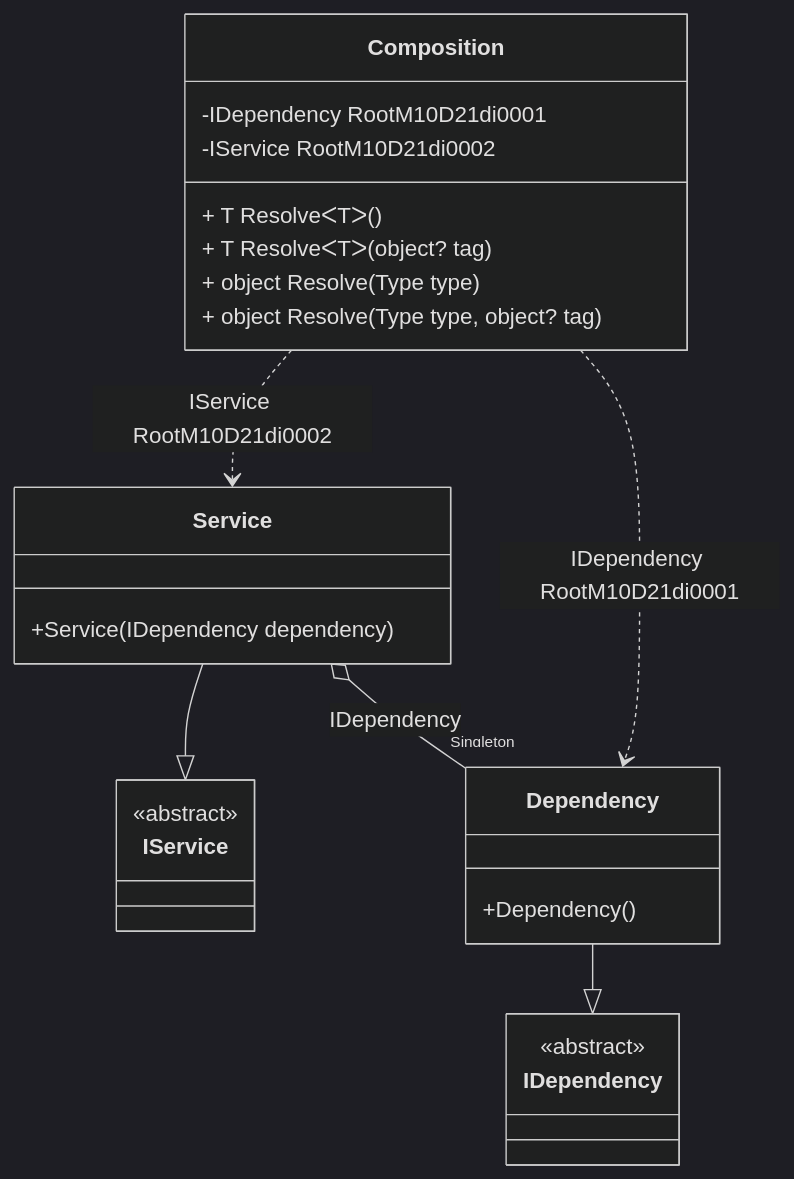
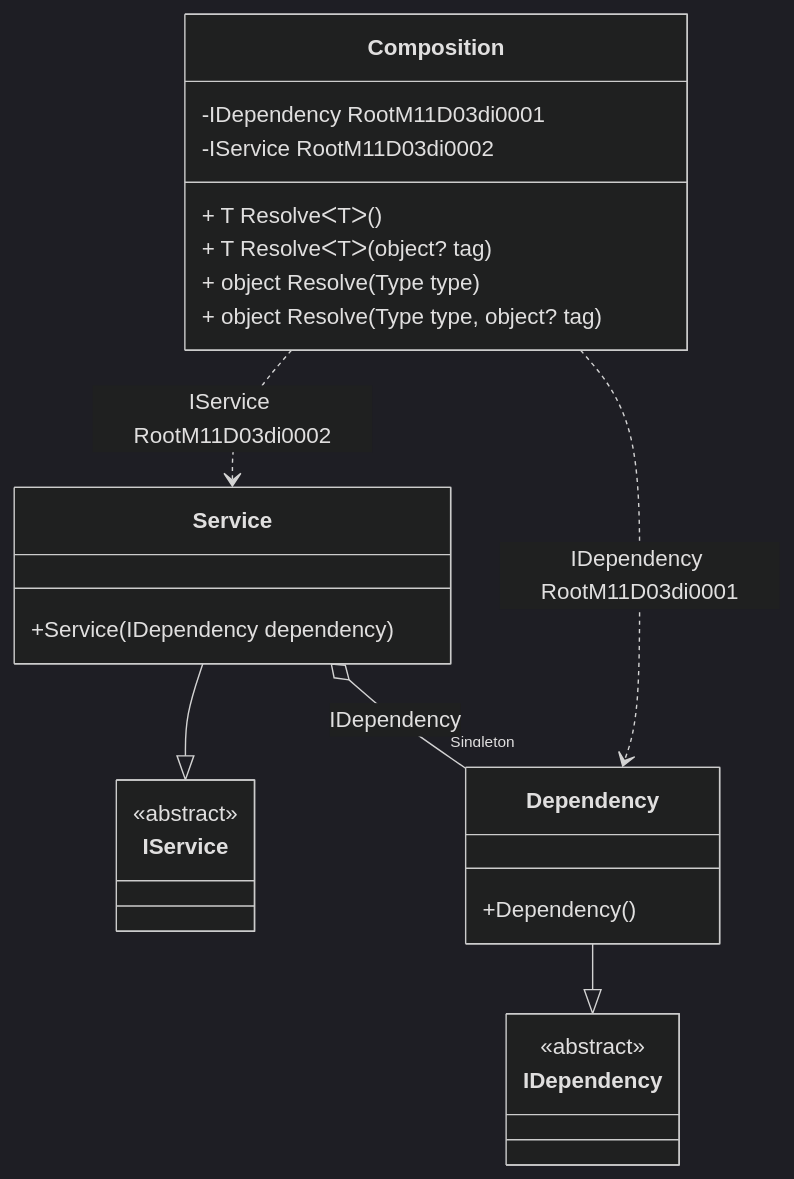
The diagram in readme/service-collection.md (DevTeam/Pure.DI), drawn with Mermaid (dark theme) before and after one commit. The commit also changed other lines of this file and 70 other files, not shown here.

````diff
--- a/readme/service-collection.md
+++ b/readme/service-collection.md
@@ -50,28 +50,28 @@
 ```mermaid
 classDiagram
   class Composition {
-    -IDependency RootM10D21di0001
-    -IService RootM10D21di0002
+    -IDependency RootM11D03di0001
+    -IService RootM11D03di0002
     + T ResolveᐸTᐳ()
     + T ResolveᐸTᐳ(object? tag)
     + object Resolve(Type type)
     + object Resolve(Type type, object? tag)
   }
   Service --|> IService : 
   class Service {
     +Service(IDependency dependency)
   }
   Dependency --|> IDependency : 
   class Dependency {
     +Dependency()
   }
   class IService {
     <<abstract>>
   }
   class IDependency {
     <<abstract>>
   }
   Service o--  "Singleton" Dependency : IDependency
-  Composition ..> Dependency : IDependency RootM10D21di0001
-  Composition ..> Service : IService RootM10D21di0002
+  Composition ..> Dependency : IDependency RootM11D03di0001
+  Composition ..> Service : IService RootM11D03di0002
 ```
````
